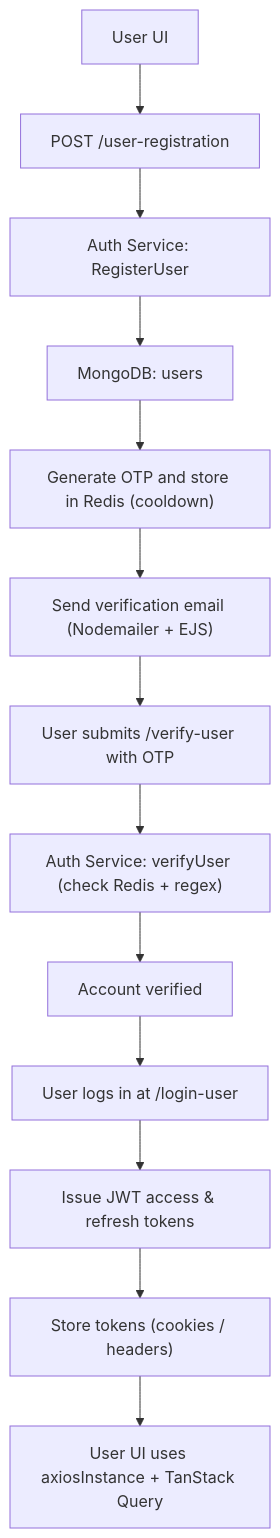
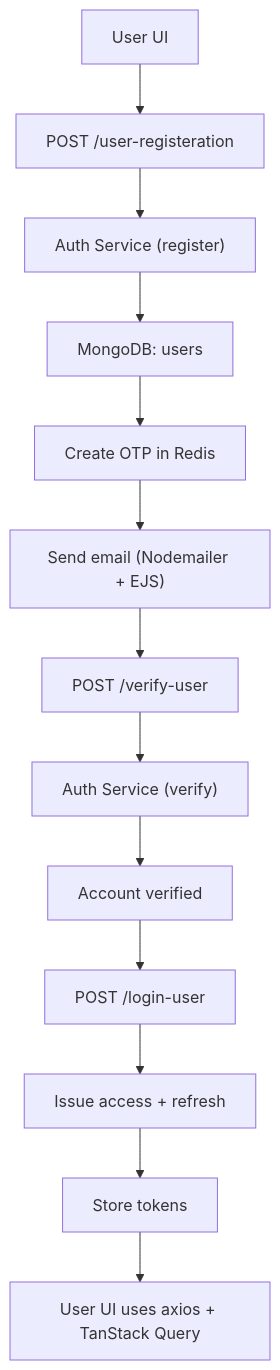
Before and after one commit to Ahmedabdelaziz77/ZShop: the third of 6 diagrams in README.md, drawn with Mermaid. The commit also changed other lines of this file, not shown here.

````diff
--- a/README.md
+++ b/README.md
@@ -828,17 +658,16 @@
 ```mermaid
-  flowchart TD
-    A["User UI"] --> B["POST /user-registration"]
-    B --> C["Auth Service: RegisterUser"]
-    C --> D["MongoDB: users"]
-    D --> E["Generate OTP and store in Redis (cooldown)"]
-    E --> F["Send verification email (Nodemailer + EJS)"]
-    F --> G["User submits /verify-user with OTP"]
-    G --> H["Auth Service: verifyUser (check Redis + regex)"]
-    H --> I["Account verified"]
-  
-    I --> J["User logs in at /login-user"]
-    J --> K["Issue JWT access & refresh tokens"]
-    K --> L["Store tokens (cookies / headers)"]
-    L --> M["User UI uses axiosInstance + TanStack Query"]
+flowchart TD
+  A["User UI"] --> B["POST /user-registeration"]
+  B --> C["Auth Service (register)"]
+  C --> D["MongoDB: users"]
+  D --> E["Create OTP in Redis"]
+  E --> F["Send email (Nodemailer + EJS)"]
+  F --> G["POST /verify-user"]
+  G --> H["Auth Service (verify)"]
+  H --> I["Account verified"]
 
+  I --> J["POST /login-user"]
+  J --> K["Issue access + refresh"]
+  K --> L["Store tokens"]
+  L --> M["User UI uses axios + TanStack Query"]
 ```
````
